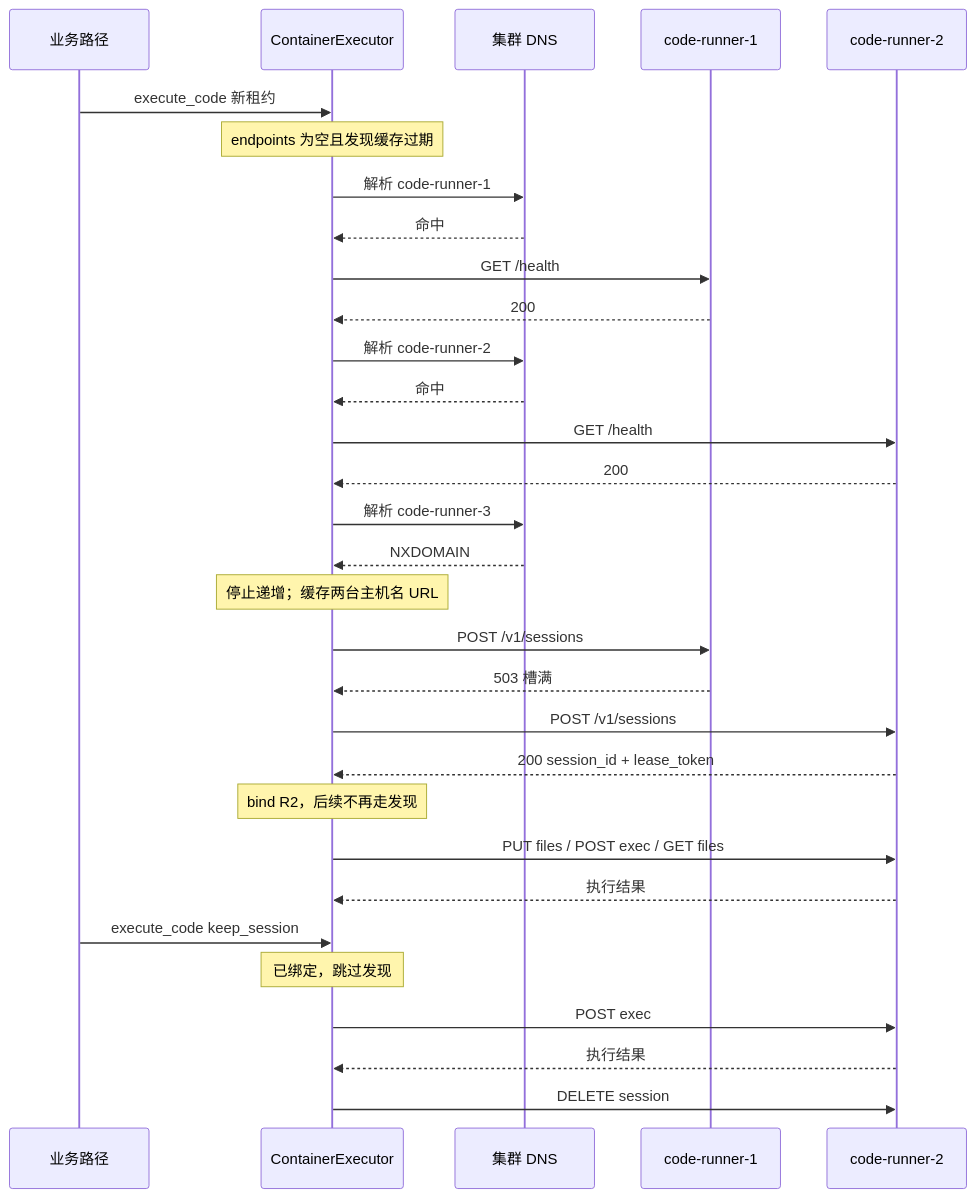
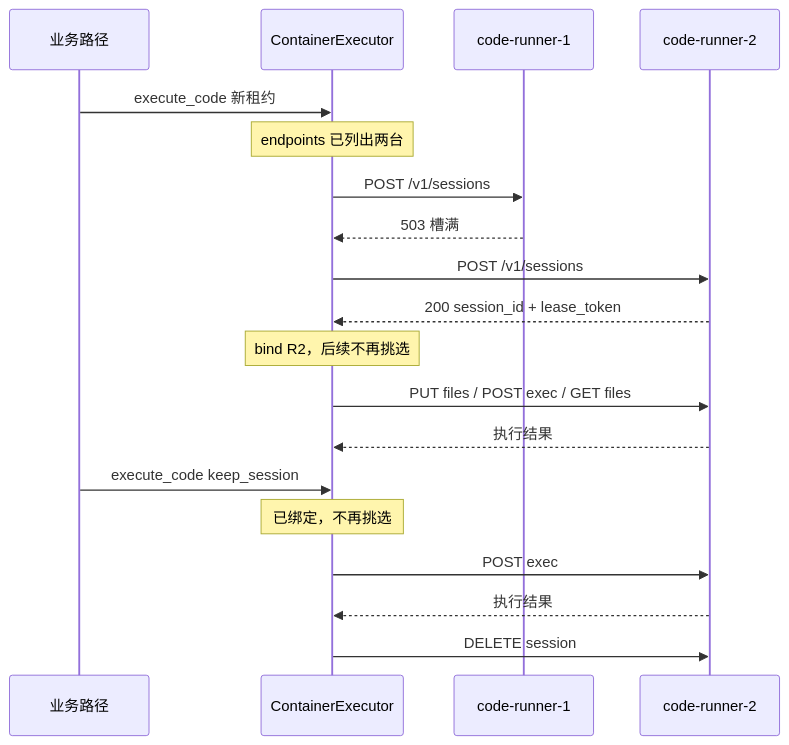
One commit to dataelement/bisheng changed the sixth of 8 diagrams in features/v3.0.0-beta1/068-code-execution-sandbox/沙箱架构设计说明书.md. Above: the diagram before and after it, drawn with Mermaid. The commit also changed other lines of this file and 53 other files, not shown here.

````diff
--- a/features/v3.0.0-beta1/068-code-execution-sandbox/沙箱架构设计说明书.md
+++ b/features/v3.0.0-beta1/068-code-execution-sandbox/沙箱架构设计说明书.md
@@ -425,35 +425,23 @@
 ```mermaid
 sequenceDiagram
     participant Path as 业务路径
     participant W as ContainerExecutor
-    participant DNS as 集群 DNS
     participant R1 as code-runner-1
     participant R2 as code-runner-2
 
     Path->>W: execute_code 新租约
-    Note over W: endpoints 为空且发现缓存过期
-    W->>DNS: 解析 code-runner-1
-    DNS-->>W: 命中
-    W->>R1: GET /health
-    R1-->>W: 200
-    W->>DNS: 解析 code-runner-2
-    DNS-->>W: 命中
-    W->>R2: GET /health
-    R2-->>W: 200
-    W->>DNS: 解析 code-runner-3
-    DNS-->>W: NXDOMAIN
-    Note over W: 停止递增；缓存两台主机名 URL
+    Note over W: endpoints 已列出两台
     W->>R1: POST /v1/sessions
     R1-->>W: 503 槽满
     W->>R2: POST /v1/sessions
     R2-->>W: 200 session_id + lease_token
-    Note over W: bind R2，后续不再走发现
+    Note over W: bind R2，后续不再挑选
 
     W->>R2: PUT files / POST exec / GET files
     R2-->>W: 执行结果
     Path->>W: execute_code keep_session
-    Note over W: 已绑定，跳过发现
+    Note over W: 已绑定，不再挑选
     W->>R2: POST exec
     R2-->>W: 执行结果
     W->>R2: DELETE session
 ```
````
